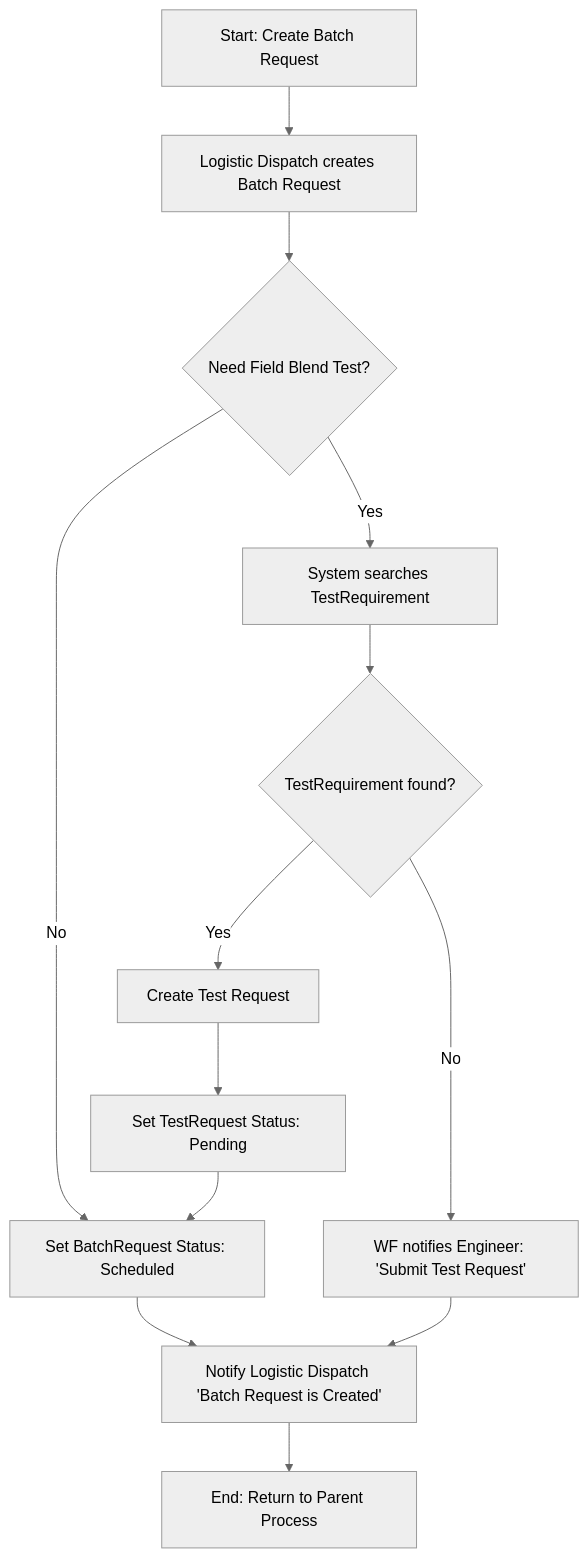
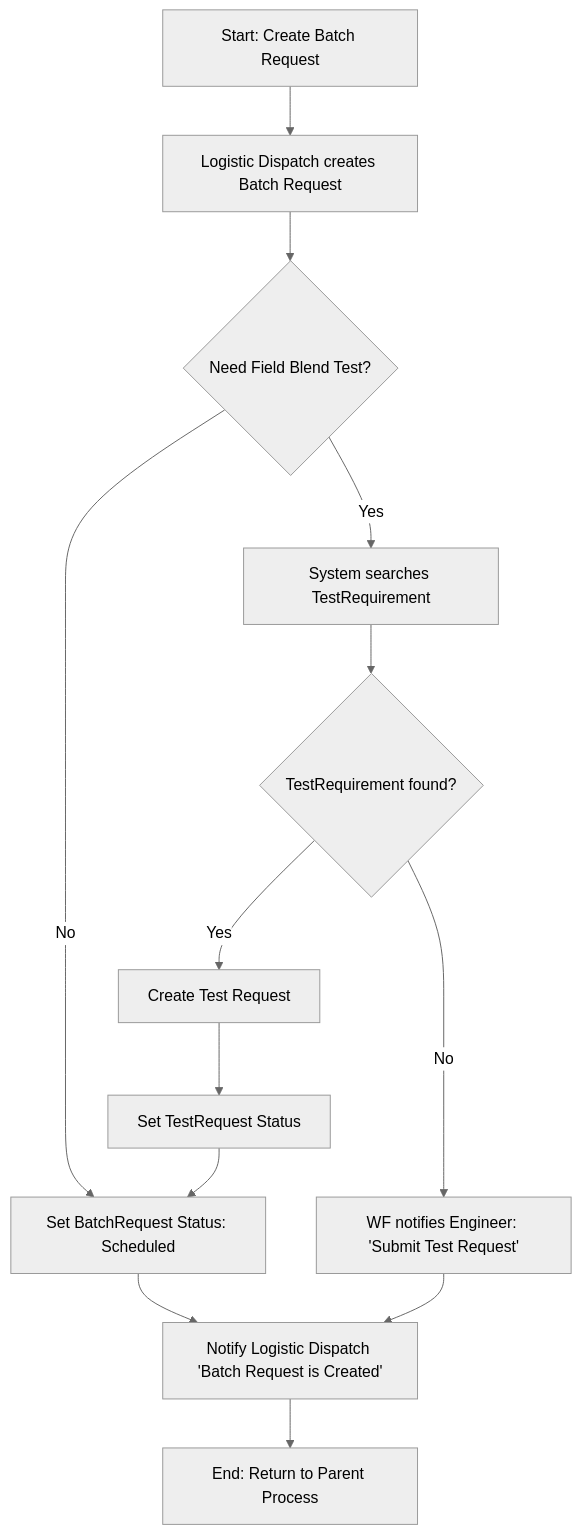
The diagram in Documents/04 - Cementing Service Request/09 - Prepare Material/01 - Create Batch Request/process.md (Sanjel-Energy-Services/eService_WorkItems), drawn with Mermaid (neutral theme) before and after one commit. The commit also changed 12 other files, not shown here.

````diff
--- a/Documents/04 - Cementing Service Request/09 - Prepare Material/01 - Create Batch Request/process.md
+++ b/Documents/04 - Cementing Service Request/09 - Prepare Material/01 - Create Batch Request/process.md
@@ -4,20 +4,20 @@
 ```mermaid
 flowchart TD
 	A[Start: Create Batch Request] --> B[Logistic Dispatch creates Batch Request]
 	B --> C{Need Field Blend Test?}
 
 	C -->|No| H
 
 	C -->|Yes| D[System searches TestRequirement]
 	D --> E{TestRequirement found?}
 
 	E -->|Yes| F[Create Test Request]
-	F --> G[Set TestRequest Status: Pending]
+	F --> G[Set TestRequest Status]
 	G --> H[Set BatchRequest Status: Scheduled]
 	H --> J[Notify Logistic Dispatch 'Batch Request is Created']
 
 	E -->|No| M[WF notifies Engineer: 'Submit Test Request']
 	M --> J
 
 	J --> Z[End: Return to Parent Process]
 ```
````
